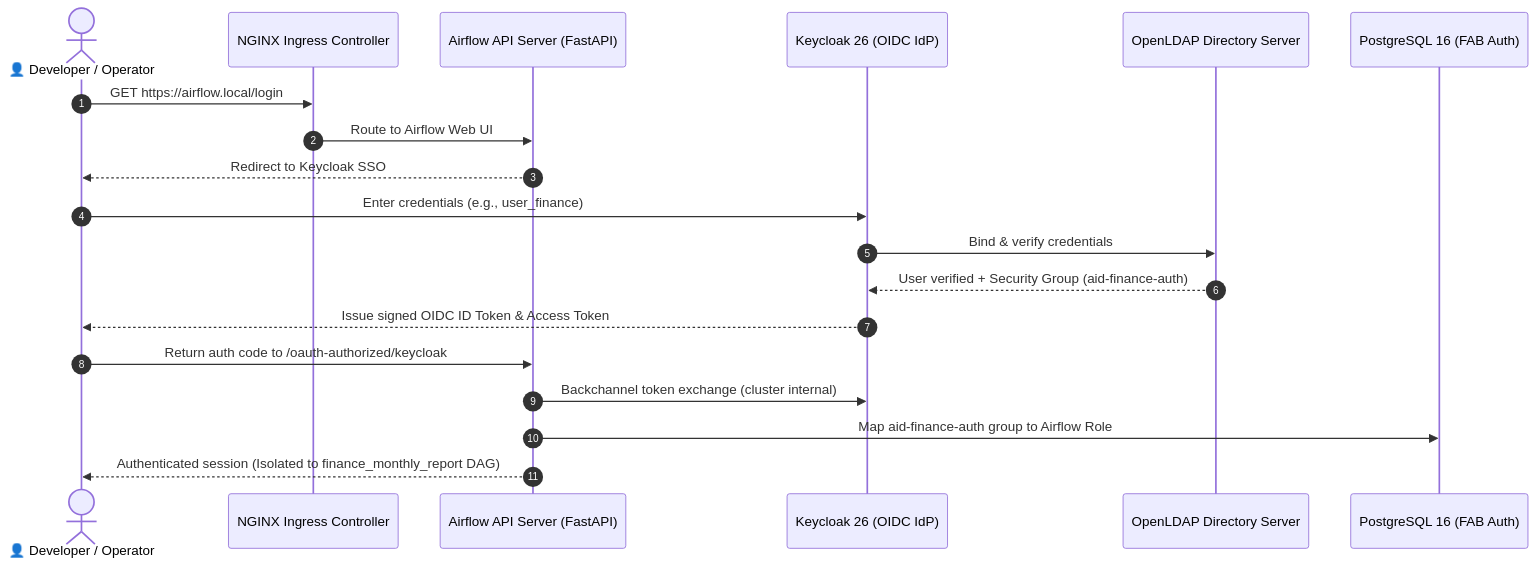
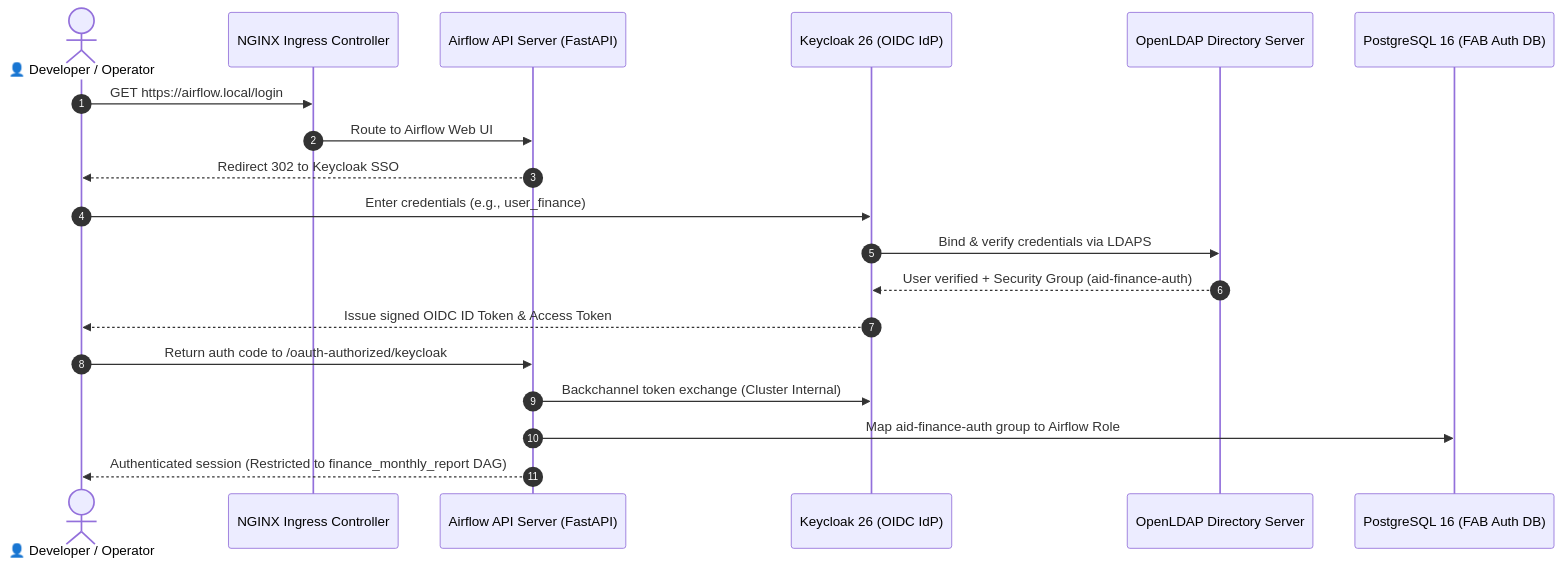
The fourth of 4 diagrams in README.md (amirsohelprowork-netizen/Learn_Airflow), drawn with Mermaid before and after one commit. The commit also changed other lines of this file, not shown here.

````diff
--- a/README.md
+++ b/README.md
@@ -172,22 +271,22 @@
 ```mermaid
 sequenceDiagram
     autonumber
     actor User as 👤 Developer / Operator
     participant Ingress as NGINX Ingress Controller
     participant API as Airflow API Server (FastAPI)
     participant KC as Keycloak 26 (OIDC IdP)
     participant LDAP as OpenLDAP Directory Server
-    participant DB as PostgreSQL 16 (FAB Auth)
+    participant DB as PostgreSQL 16 (FAB Auth DB)
 
     User->>Ingress: GET https://airflow.local/login
     Ingress->>API: Route to Airflow Web UI
-    API-->>User: Redirect to Keycloak SSO
+    API-->>User: Redirect 302 to Keycloak SSO
     User->>KC: Enter credentials (e.g., user_finance)
-    KC->>LDAP: Bind & verify credentials
+    KC->>LDAP: Bind & verify credentials via LDAPS
     LDAP-->>KC: User verified + Security Group (aid-finance-auth)
     KC-->>User: Issue signed OIDC ID Token & Access Token
     User->>API: Return auth code to /oauth-authorized/keycloak
-    API->>KC: Backchannel token exchange (cluster internal)
+    API->>KC: Backchannel token exchange (Cluster Internal)
     API->>DB: Map aid-finance-auth group to Airflow Role
-    API-->>User: Authenticated session (Isolated to finance_monthly_report DAG)
+    API-->>User: Authenticated session (Restricted to finance_monthly_report DAG)
 ```
````
